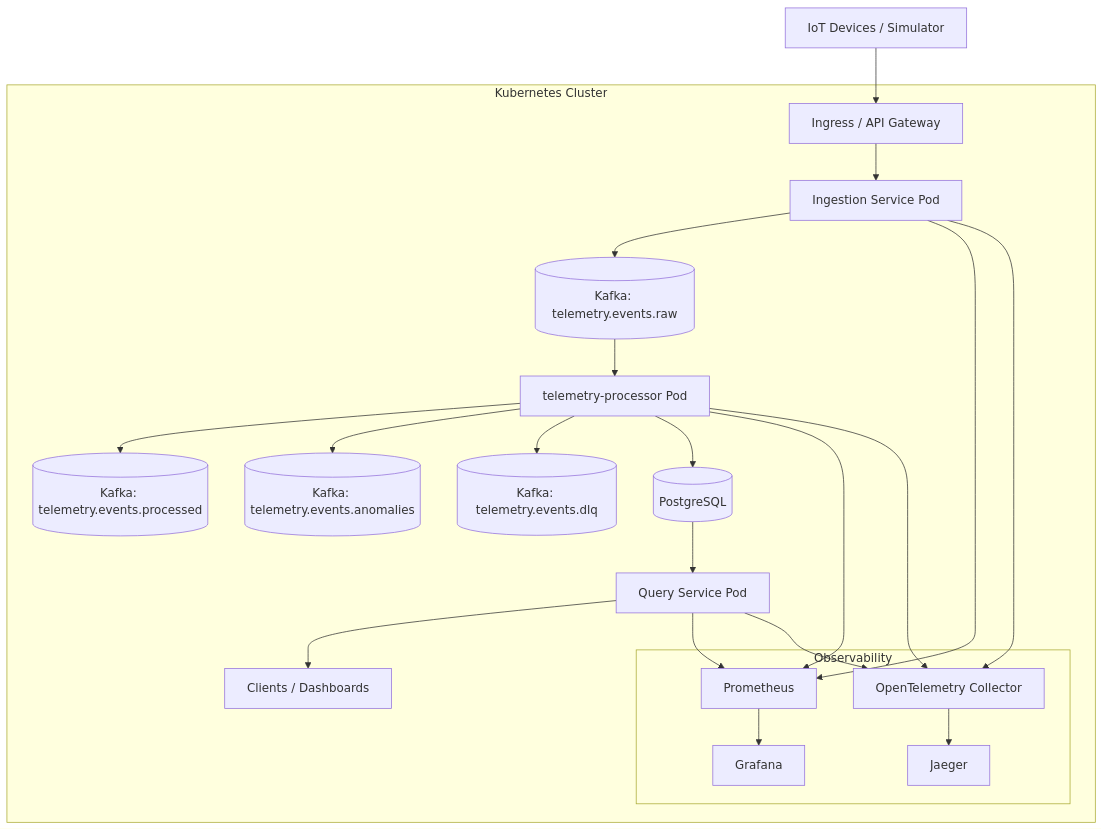
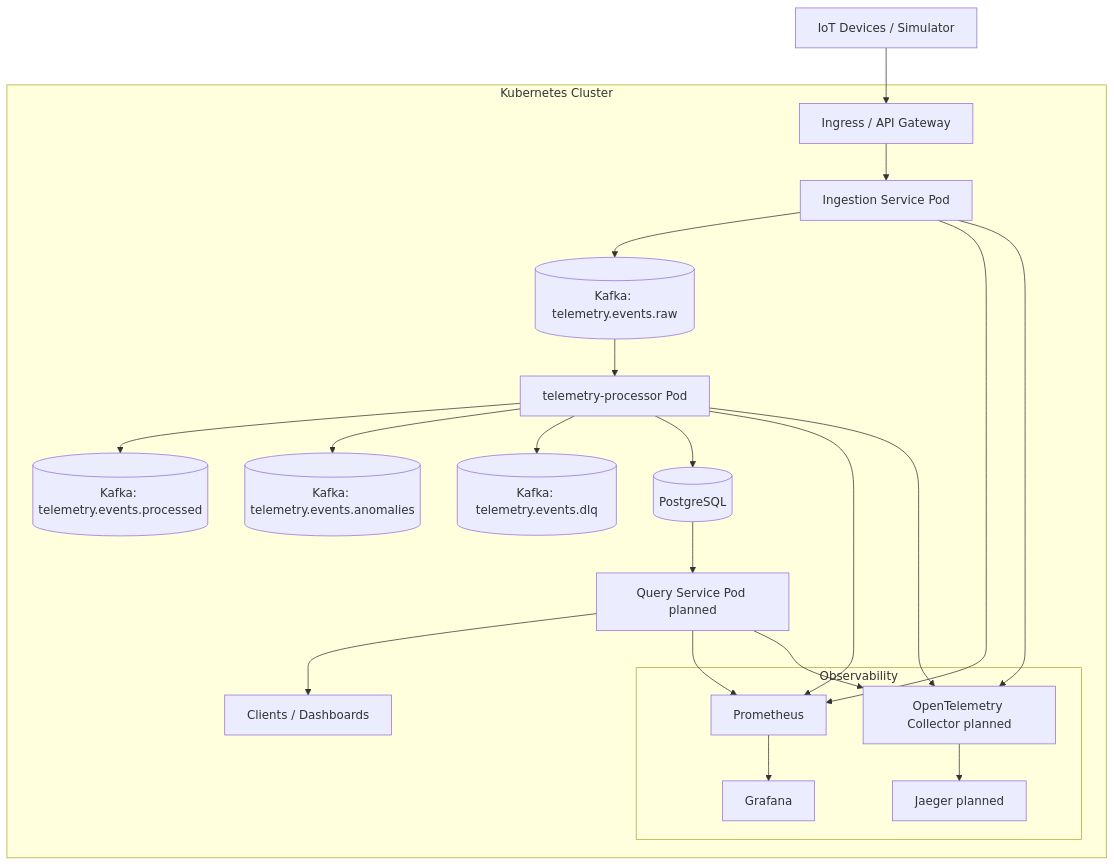
The diagram in docs/diagrams/kubernetes-deployment.md (ME-Massine/pulsestream), drawn with Mermaid before and after one commit. The commit also changed other lines of this file and 15 other files, not shown here.

````diff
--- a/docs/diagrams/kubernetes-deployment.md
+++ b/docs/diagrams/kubernetes-deployment.md
@@ -5,37 +5,37 @@
 ```mermaid
 flowchart TB
     U[IoT Devices / Simulator] --> I[Ingress / API Gateway]
 
     subgraph Kubernetes Cluster
         I --> S1[Ingestion Service Pod]
         S1 --> K1[(Kafka: telemetry.events.raw)]
 
         K1 --> S2[telemetry-processor Pod]
         S2 --> K2[(Kafka: telemetry.events.processed)]
         S2 --> K3[(Kafka: telemetry.events.anomalies)]
         S2 --> K4[(Kafka: telemetry.events.dlq)]
 
         S2 --> DB[(PostgreSQL)]
 
-        DB --> S3[Query Service Pod]
+        DB --> S3[Query Service Pod planned]
         S3 --> C[Clients / Dashboards]
 
         subgraph Observability
             P[Prometheus]
             G[Grafana]
-            O[OpenTelemetry Collector]
-            J[Jaeger]
+            O[OpenTelemetry Collector planned]
+            J[Jaeger planned]
         end
 
         S1 --> P
         S2 --> P
         S3 --> P
 
         S1 --> O
         S2 --> O
         S3 --> O
 
         P --> G
         O --> J
     end
 ```
````
